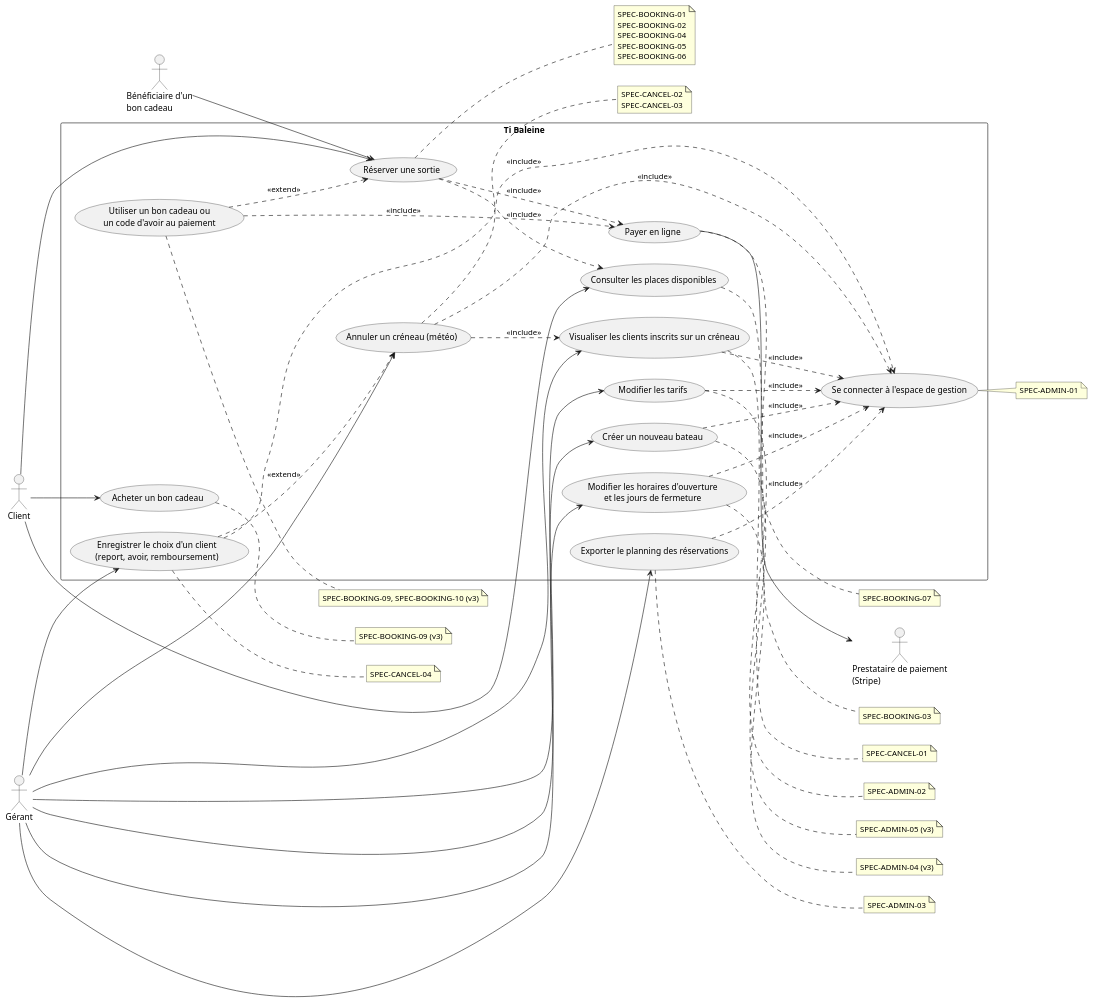
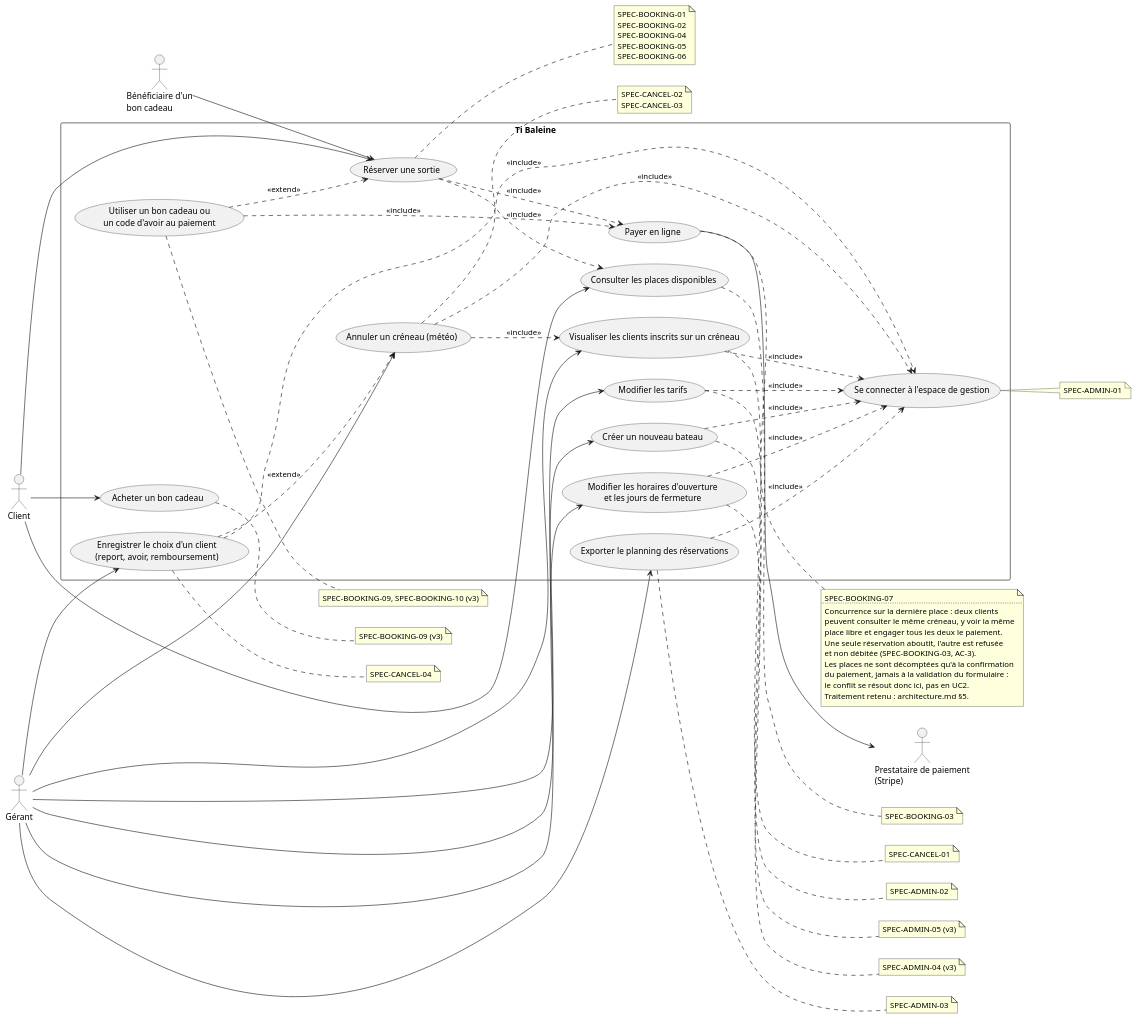
Before and after one commit to IamArayel/CDA9-Analyse-et-Conception-d-Applications: the diagram in docs/uml/use-cases.puml, drawn with PlantUML. The commit also changed 2 other files, not shown here.

Commit message:
docs(adr-003): retenir la pré-réservation pour la dernière place
Le mécanisme écrit jusqu'ici encaissait avant de contrôler la capacité, ce qui imposait de débiter puis rembourser le client perdant. Inverse une remarque de revue IA refusée le 2026-08-12, sur remarque du formateur.
L'ADR du prestataire SMS passe en ADR-004.

```diff
--- a/docs/uml/use-cases.puml
+++ b/docs/uml/use-cases.puml
@@ -1,115 +1,125 @@
 @startuml use-cases
 ' Diagramme de cas d'utilisation — Ti Baleine
 ' Vocabulaire client (cf. cahier-des-charges.md §13 Glossaire).
 ' Chaque cas cite la/les spécifications qu'il réalise (specs/*.md).
 
 left to right direction
 
 actor "Client" as Client
 actor "Gérant" as Gerant
 actor "Prestataire de paiement\n(Stripe)" as Stripe
 
 actor "Bénéficiaire d'un\nbon cadeau" as Beneficiaire
 
 rectangle "Ti Baleine" {
   usecase "Consulter les places disponibles" as UC1
   usecase "Réserver une sortie" as UC2
   usecase "Payer en ligne" as UC3
   usecase "Se connecter à l'espace de gestion" as UC9
   usecase "Modifier les tarifs" as UC4
   usecase "Exporter le planning des réservations" as UC5
   usecase "Visualiser les clients inscrits sur un créneau" as UC6
   usecase "Annuler un créneau (météo)" as UC7
   usecase "Enregistrer le choix d'un client\n(report, avoir, remboursement)" as UC8
   usecase "Acheter un bon cadeau" as UC10
   usecase "Utiliser un bon cadeau ou\nun code d'avoir au paiement" as UC11
   usecase "Modifier les horaires d'ouverture\net les jours de fermeture" as UC12
   usecase "Créer un nouveau bateau" as UC13
 }
 
 Client --> UC1
 Client --> UC2
 Client --> UC10
 UC2 ..> UC1 : <<include>>
 UC2 ..> UC3 : <<include>>
 UC3 --> Stripe
 
 Beneficiaire --> UC2
 UC11 ..> UC2 : <<extend>>
 UC11 ..> UC3 : <<include>>
 
 Gerant --> UC4
 Gerant --> UC5
 Gerant --> UC6
 Gerant --> UC7
 Gerant --> UC8
 Gerant --> UC12
 Gerant --> UC13
 UC7 ..> UC6 : <<include>>
 UC8 ..> UC7 : <<extend>>
 UC4 ..> UC9 : <<include>>
 UC5 ..> UC9 : <<include>>
 UC6 ..> UC9 : <<include>>
 UC7 ..> UC9 : <<include>>
 UC8 ..> UC9 : <<include>>
 UC12 ..> UC9 : <<include>>
 UC13 ..> UC9 : <<include>>
 
 note right of UC1
   SPEC-BOOKING-03
 end note
 
 note right of UC2
   SPEC-BOOKING-01
   SPEC-BOOKING-02
   SPEC-BOOKING-04
   SPEC-BOOKING-05
   SPEC-BOOKING-06
 end note
 
 note right of UC3
   SPEC-BOOKING-07
+  ..
+  Concurrence sur la dernière place : deux clients
+  peuvent consulter le même créneau, y voir la même
+  place libre et engager tous les deux le paiement.
+  Une seule réservation aboutit, l'autre est refusée
+  et non débitée (SPEC-BOOKING-03, AC-3).
+  Les places ne sont décomptées qu'à la confirmation
+  du paiement, jamais à la validation du formulaire :
+  le conflit se résout donc ici, pas en UC2.
+  Traitement retenu : architecture.md §5.
 end note
 
 note right of UC9
   SPEC-ADMIN-01
 end note
 
 note right of UC4
   SPEC-ADMIN-02
 end note
 
 note right of UC5
   SPEC-ADMIN-03
 end note
 
 note right of UC6
   SPEC-CANCEL-01
 end note
 
 note right of UC7
   SPEC-CANCEL-02
   SPEC-CANCEL-03
 end note
 
 note right of UC8
   SPEC-CANCEL-04
 end note
 
 note right of UC10
   SPEC-BOOKING-09 (v3)
 end note
 
 note right of UC11
   SPEC-BOOKING-09, SPEC-BOOKING-10 (v3)
 end note
 
 note right of UC12
   SPEC-ADMIN-04 (v3)
 end note
 
 note right of UC13
   SPEC-ADMIN-05 (v3)
 end note
 
 @enduml
```
